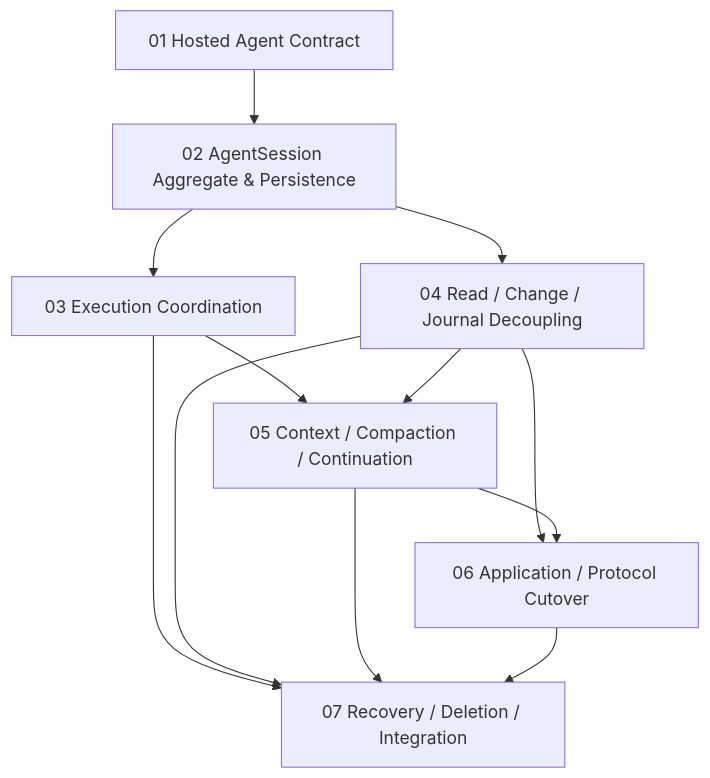
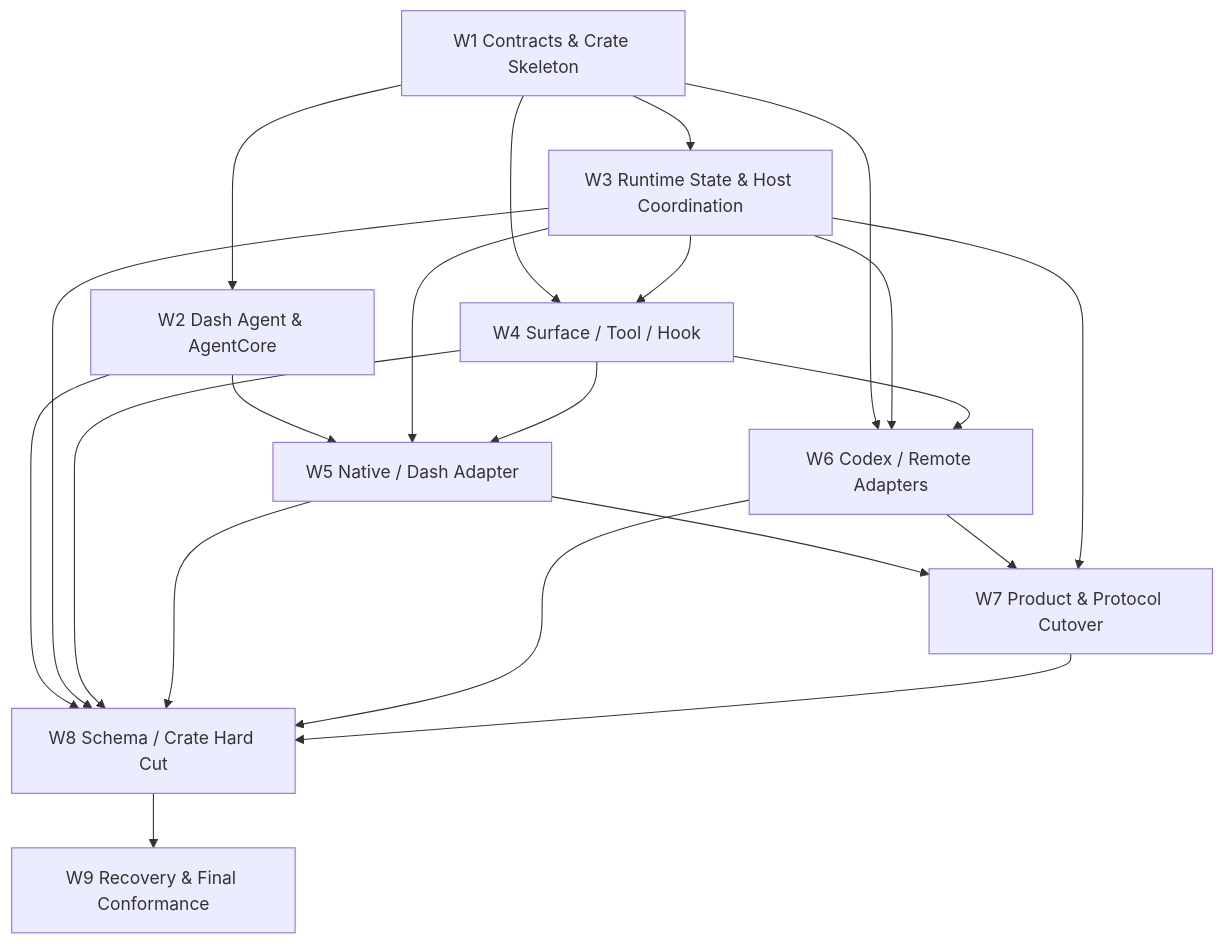
One commit to syan2018/AgentDash changed the diagram in .trellis/tasks/07-17-agent-runtime-compaction-state-protocol-review/workstreams/README.md. Above: the diagram before and after it, drawn with Mermaid. The commit also changed other lines of this file and 63 other files, not shown here.

First line of the commit message:
docs(agent-runtime): 收敛最终架构与安全迁移规划

````diff
--- a/.trellis/tasks/07-17-agent-runtime-compaction-state-protocol-review/workstreams/README.md
+++ b/.trellis/tasks/07-17-agent-runtime-compaction-state-protocol-review/workstreams/README.md
@@ -9,22 +11,33 @@
 ```mermaid
 flowchart TD
-    W1["01 Hosted Agent Contract"]
-    W2["02 AgentSession Aggregate & Persistence"]
-    W3["03 Execution Coordination"]
-    W4["04 Read / Change / Journal Decoupling"]
-    W5["05 Context / Compaction / Continuation"]
-    W6["06 Application / Protocol Cutover"]
-    W7["07 Recovery / Deletion / Integration"]
+    W1["W1 Contracts & Crate Skeleton"]
+    W2["W2 Dash Agent & AgentCore"]
+    W3["W3 Runtime State & Host Coordination"]
+    W4["W4 Surface / Tool / Hook"]
+    W5["W5 Native / Dash Adapter"]
+    W6["W6 Codex / Remote Adapters"]
+    W7["W7 Product & Protocol Cutover"]
+    W8["W8 Schema / Crate Hard Cut"]
+    W9["W9 Recovery & Final Conformance"]
 
     W1 --> W2
-    W2 --> W3
-    W2 --> W4
+    W1 --> W3
+    W1 --> W4
+    W2 --> W5
+    W3 --> W4
     W3 --> W5
     W4 --> W5
+    W1 --> W6
+    W3 --> W6
     W4 --> W6
-    W5 --> W6
-    W3 --> W7
-    W4 --> W7
     W5 --> W7
     W6 --> W7
+    W3 --> W7
+    W2 --> W8
+    W3 --> W8
+    W4 --> W8
+    W5 --> W8
+    W6 --> W8
+    W7 --> W8
+    W8 --> W9
 ```
````
